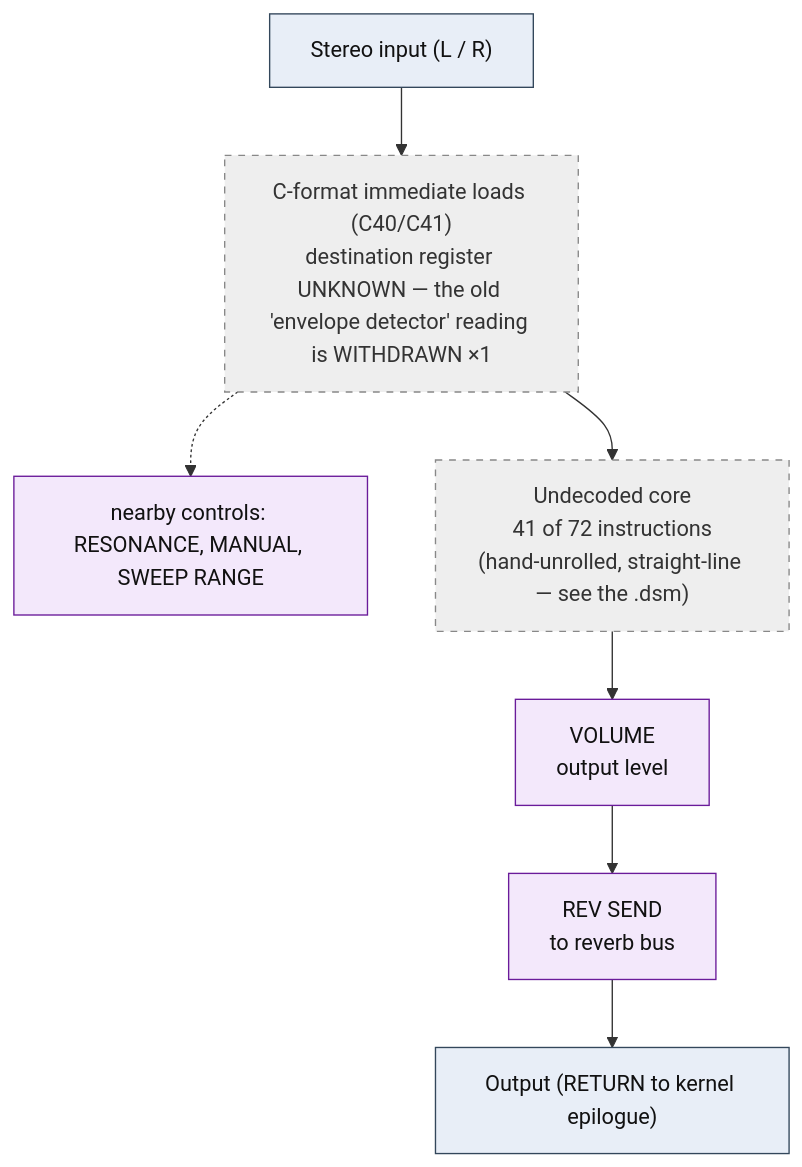
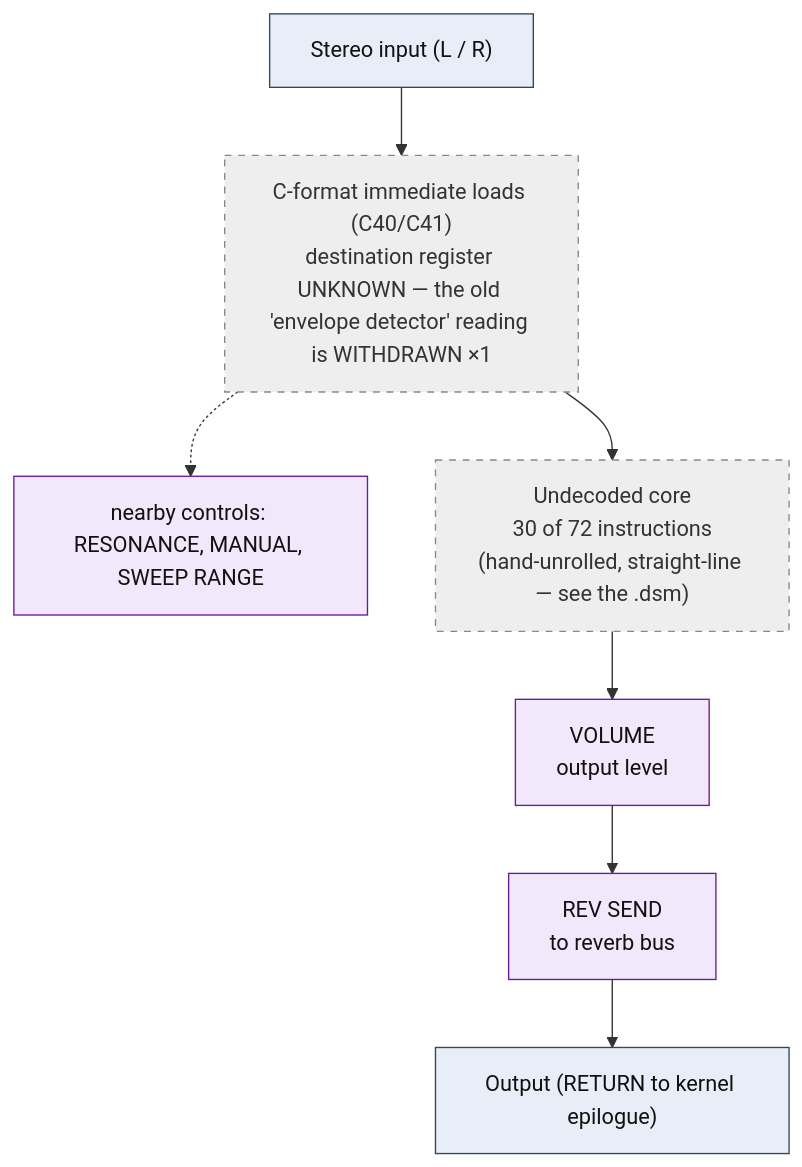
One commit to ArqueologiaDigital/kn5000-roms-disasm changed the diagram in dsp/flowcharts/prog52_auto_wah.md. Above: the diagram before and after it, drawn with Mermaid. The commit also changed other lines of this file and 78 other files, not shown here.

````diff
--- a/dsp/flowcharts/prog52_auto_wah.md
+++ b/dsp/flowcharts/prog52_auto_wah.md
@@ -12,26 +12,26 @@
 ```mermaid
 flowchart TD
     N0["Stereo input (L / R)"]
     N1["C-format immediate loads (C40/C41)<br/>destination register UNKNOWN &mdash; the old 'envelope detector' reading is WITHDRAWN &times;1"]
     N0 --> N1
     N2["nearby controls: RESONANCE, MANUAL, SWEEP RANGE"]
     N1 -.-> N2
-    N3["Undecoded core<br/>41 of 72 instructions<br/>(hand-unrolled, straight-line &mdash; see the .dsm)"]
+    N3["Undecoded core<br/>30 of 72 instructions<br/>(hand-unrolled, straight-line &mdash; see the .dsm)"]
     N1 --> N3
     N4["VOLUME<br/>output level"]
     N3 --> N4
     N5["REV SEND<br/>to reverb bus"]
     N4 --> N5
     N6["Output (RETURN to kernel epilogue)"]
     N5 --> N6
 
     classDef io fill:#e8eef7,stroke:#33475b,stroke-width:1px,color:#111;
     classDef proven fill:#d7f0d7,stroke:#2e7d32,stroke-width:2px,color:#111;
     classDef measured fill:#dbe9fb,stroke:#1565c0,stroke-width:1.5px,color:#111;
     classDef inferred fill:#fdf0d5,stroke:#b8860b,stroke-width:1.5px,color:#111;
     classDef open fill:#eeeeee,stroke:#888,stroke-width:1px,color:#333,stroke-dasharray:5 5;
     classDef ctrl fill:#f3e8fb,stroke:#6a1b9a,stroke-width:1px,color:#111;
     class N0,N6 io;
     class N1,N3 open;
     class N2,N4,N5 ctrl;
 ```
````
